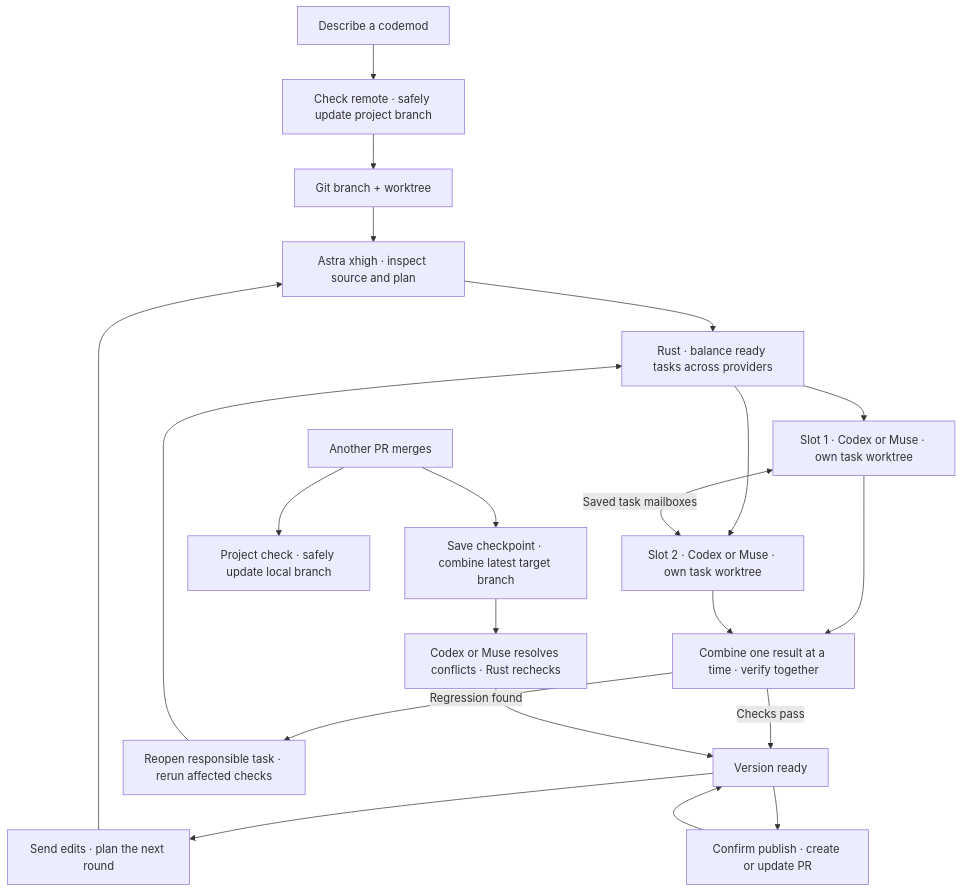
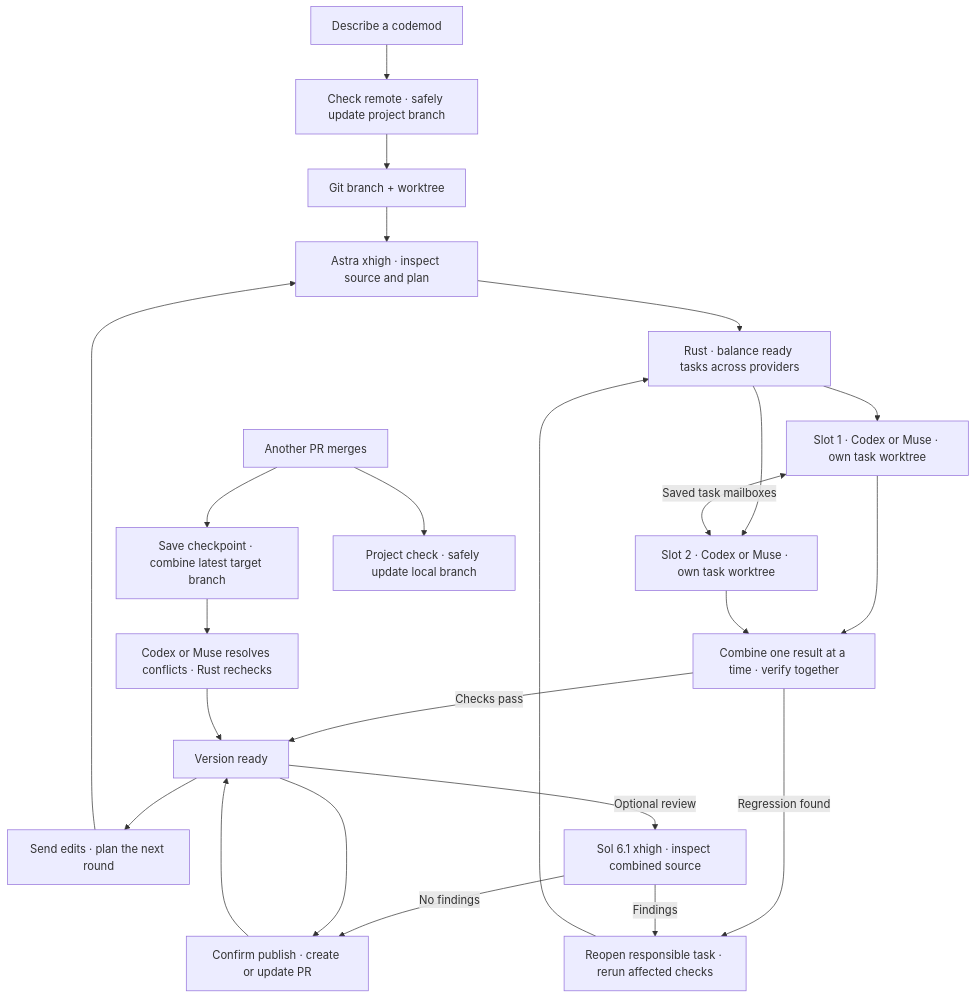
The diagram in README.md (minimumeffort-dev/sprowt.harness), drawn with Mermaid before and after one commit. The commit also changed other lines of this file and 23 other files, not shown here.

````diff
--- a/README.md
+++ b/README.md
@@ -36,23 +37,26 @@
 ```mermaid
 flowchart TB
     goal["Describe a codemod"] --> sync["Check remote · safely update project branch"]
     sync --> setup["Git branch + worktree"]
     setup --> planner["Astra xhigh · inspect source and plan"]
     planner --> schedule["Rust · balance ready tasks across providers"]
     schedule --> first["Slot 1 · Codex or Muse · own task worktree"]
     schedule --> second["Slot 2 · Codex or Muse · own task worktree"]
     first <-->|"Saved task mailboxes"| second
     first --> combine["Combine one result at a time · verify together"]
     second --> combine
     combine -->|"Checks pass"| ready["Version ready"]
     combine -->|"Regression found"| repair["Reopen responsible task · rerun affected checks"]
     repair --> schedule
     ready --> edits["Send edits · plan the next round"]
     edits --> planner
+    ready -->|"Optional review"| reviewer["Sol 6.1 xhigh · inspect combined source"]
+    reviewer -->|"Findings"| repair
+    reviewer -->|"No findings"| publish
     ready --> publish["Confirm publish · create or update PR"]
     publish --> ready
     upstream["Another PR merges"] --> update["Save checkpoint · combine latest target branch"]
     upstream --> local["Project check · safely update local branch"]
     update --> verify["Codex or Muse resolves conflicts · Rust rechecks"]
     verify --> ready
 ```
````
